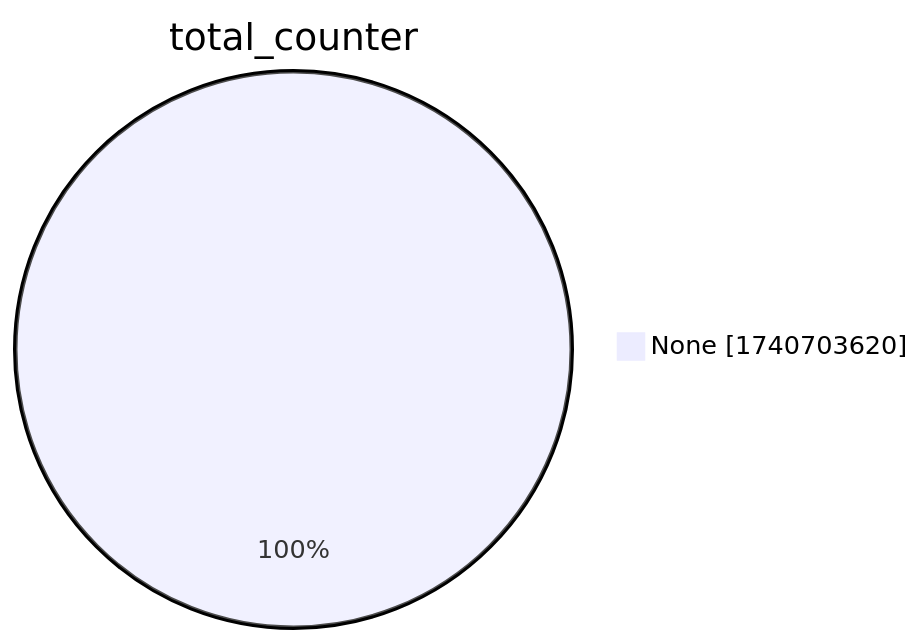
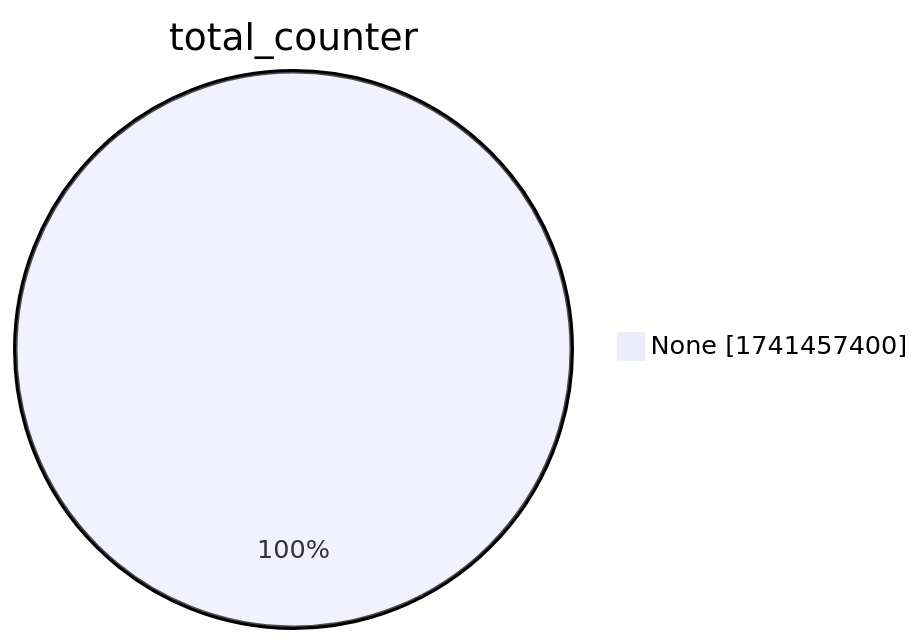
One commit to christiankrug/ctmonitor_visualization changed the second of 15 diagrams in xenon2022/README.md. Above: the diagram before and after it, drawn with Mermaid. The commit also changed other lines of this file, not shown here.

````diff
--- a/xenon2022/README.md
+++ b/xenon2022/README.md
@@ -9,5 +9,5 @@
 ```mermaid
 pie showData
 title total_counter
-"None" :1740703620
+"None" :1741457400
 ```
````
